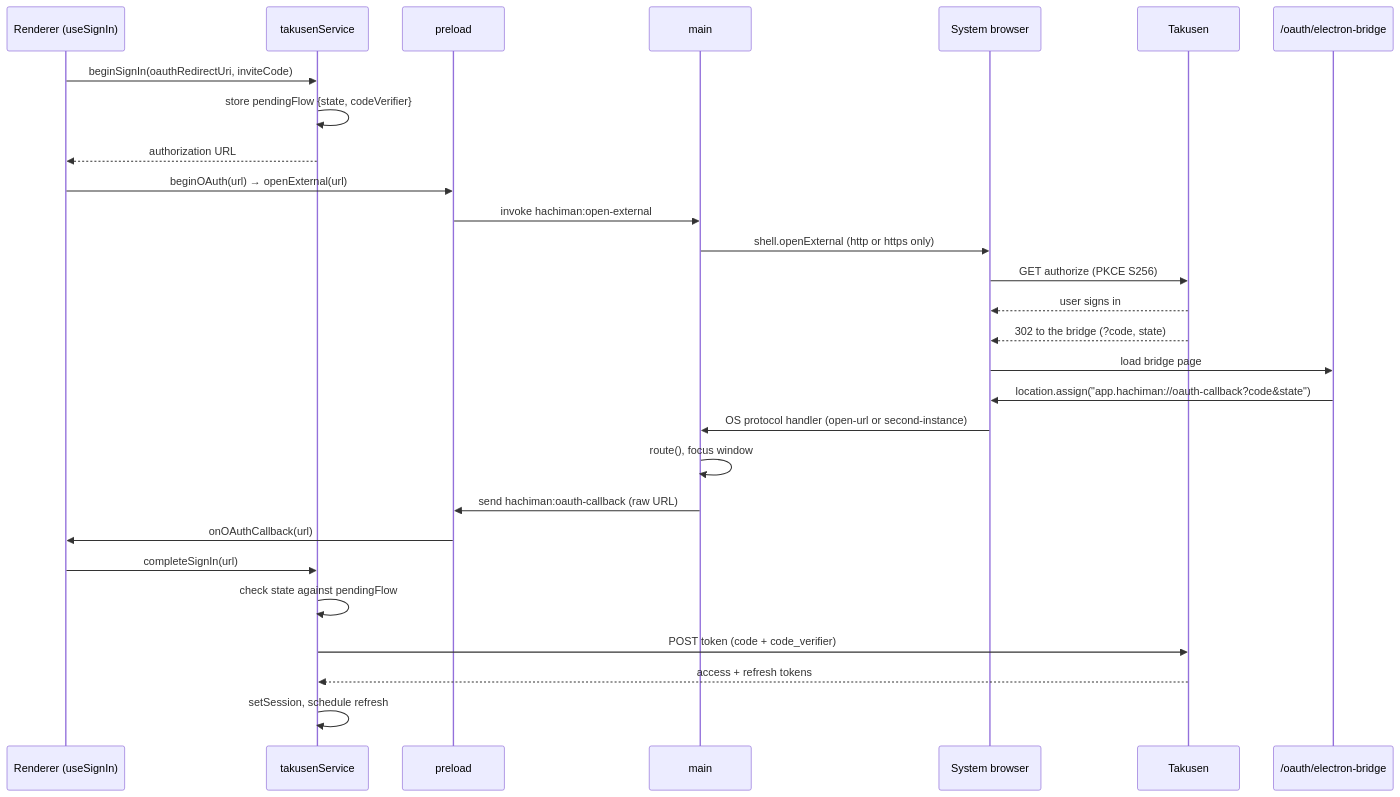
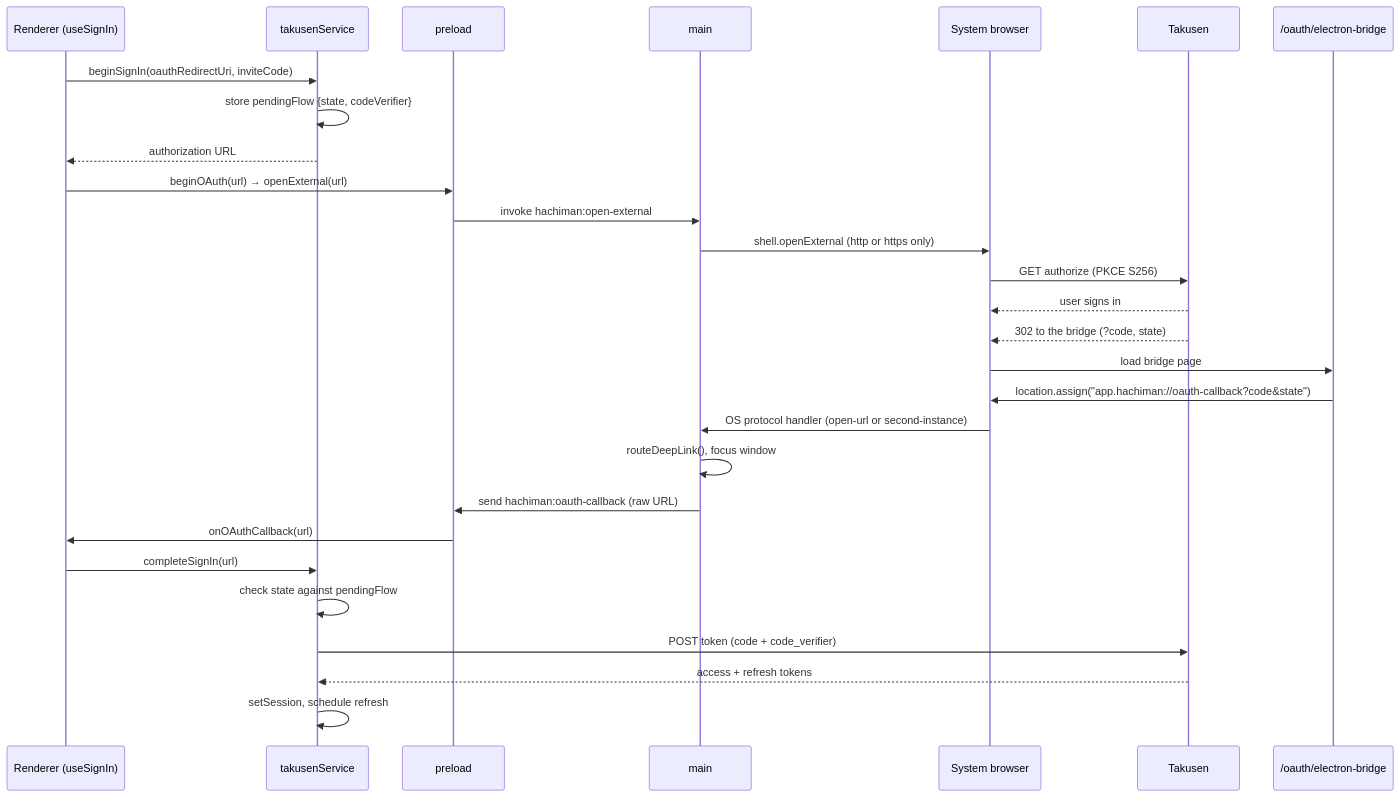
The third of 4 diagrams in apps/hachiman-electron/README.md (dan-hummelstad/hachiman), drawn with Mermaid before and after one commit. The commit also changed other lines of this file and 42 other files, not shown here.

````diff
--- a/apps/hachiman-electron/README.md
+++ b/apps/hachiman-electron/README.md
@@ -127,31 +128,31 @@
 ```mermaid
 sequenceDiagram
   participant UI as Renderer (useSignIn)
   participant TS as takusenService
   participant PR as preload
   participant M as main
   participant SB as System browser
   participant TK as Takusen
   participant BP as /oauth/electron-bridge
 
   UI->>TS: beginSignIn(oauthRedirectUri, inviteCode)
   TS->>TS: store pendingFlow {state, codeVerifier}
   TS-->>UI: authorization URL
   UI->>PR: beginOAuth(url) → openExternal(url)
   PR->>M: invoke hachiman:open-external
   M->>SB: shell.openExternal (http or https only)
   SB->>TK: GET authorize (PKCE S256)
   TK-->>SB: user signs in
   TK-->>SB: 302 to the bridge (?code, state)
   SB->>BP: load bridge page
   BP->>SB: location.assign("app.hachiman://oauth-callback?code&state")
   SB->>M: OS protocol handler (open-url or second-instance)
-  M->>M: route(), focus window
+  M->>M: routeDeepLink(), focus window
   M->>PR: send hachiman:oauth-callback (raw URL)
   PR->>UI: onOAuthCallback(url)
   UI->>TS: completeSignIn(url)
   TS->>TS: check state against pendingFlow
   TS->>TK: POST token (code + code_verifier)
   TK-->>TS: access + refresh tokens
   TS->>TS: setSession, schedule refresh
 ```
````
